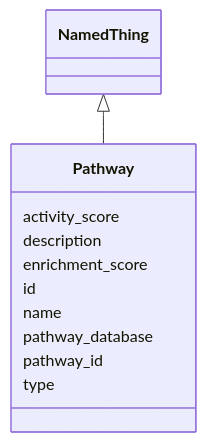
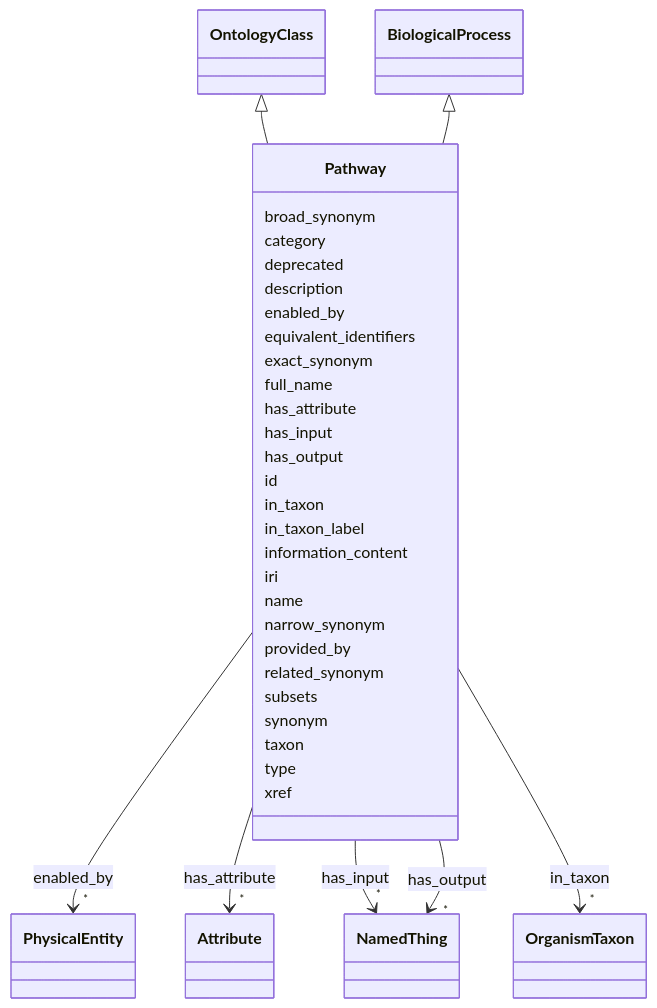
One commit to monarch-initiative/namo changed the diagram in docs/elements/Pathway.md. Above: the diagram before and after it, drawn with Mermaid. The commit also changed other lines of this file and 1232 other files, not shown here.

````diff
--- a/docs/elements/Pathway.md
+++ b/docs/elements/Pathway.md
@@ -19,24 +24,105 @@
  classDiagram
     class Pathway
     click Pathway href "../Pathway/"
-      NamedThing <|-- Pathway
-        click NamedThing href "../NamedThing/"
+      OntologyClass <|-- Pathway
+        click OntologyClass href "../OntologyClass/"
+      BiologicalProcess <|-- Pathway
+        click BiologicalProcess href "../BiologicalProcess/"
       
-      Pathway : activity_score
+      Pathway : broad_synonym
+        
+      Pathway : category
+        
+      Pathway : deprecated
         
       Pathway : description
         
-      Pathway : enrichment_score
+      Pathway : enabled_by
+        
+          
+    
+        
+        
+        Pathway --> "*" PhysicalEntity : enabled_by
+        click PhysicalEntity href "../PhysicalEntity/"
+    
+
+        
+      Pathway : equivalent_identifiers
+        
+      Pathway : exact_synonym
+        
+      Pathway : full_name
+        
+      Pathway : has_attribute
+        
+          
+    
+        
+        
+        Pathway --> "*" Attribute : has_attribute
+        click Attribute href "../Attribute/"
+    
+
+        
+      Pathway : has_input
+        
+          
+    
+        
+        
+        Pathway --> "*" NamedThing : has_input
+        click NamedThing href "../NamedThing/"
+    
+
+        
+      Pathway : has_output
+        
+          
+    
+        
+        
+        Pathway --> "*" NamedThing : has_output
+        click NamedThing href "../NamedThing/"
+    
+
         
       Pathway : id
         
+      Pathway : in_taxon
+        
+          
+    
+        
+        
+        Pathway --> "*" OrganismTaxon : in_taxon
+        click OrganismTaxon href "../OrganismTaxon/"
+    
+
+        
+      Pathway : in_taxon_label
+        
+      Pathway : information_content
+        
+      Pathway : iri
+        
       Pathway : name
         
-      Pathway : pathway_database
+      Pathway : narrow_synonym
         
-      Pathway : pathway_id
+      Pathway : provided_by
+        
+      Pathway : related_synonym
+        
+      Pathway : subsets
+        
+      Pathway : synonym
+        
+      Pathway : taxon
         
       Pathway : type
         
+      Pathway : xref
+        
       
 ```
````
